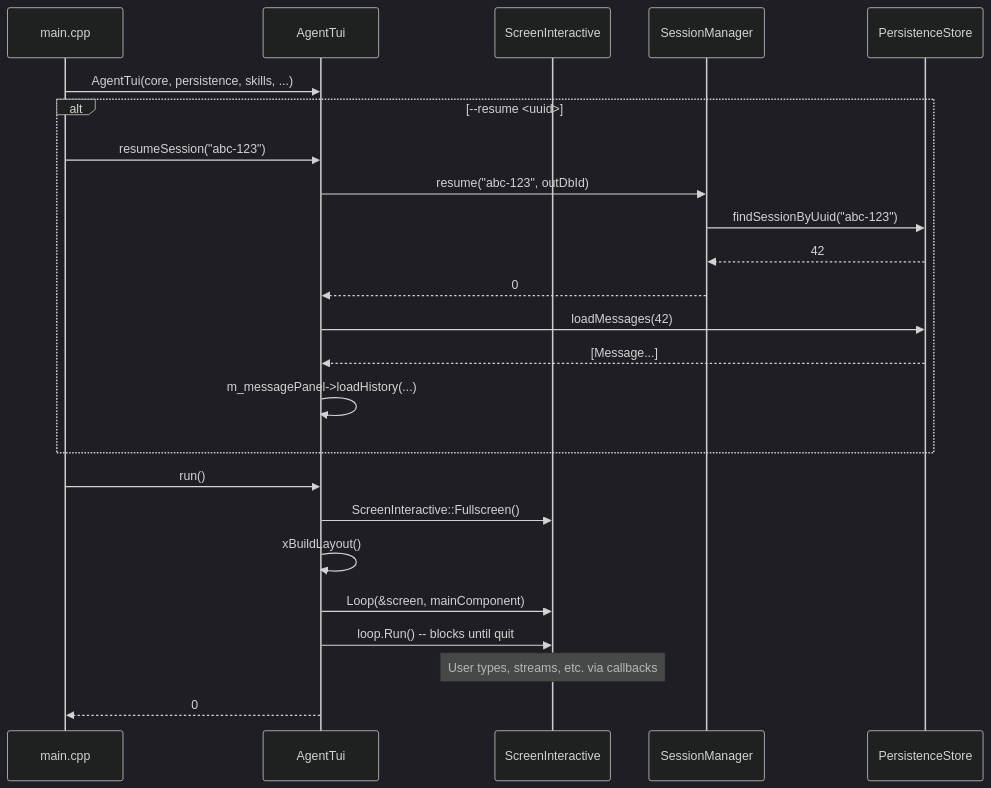
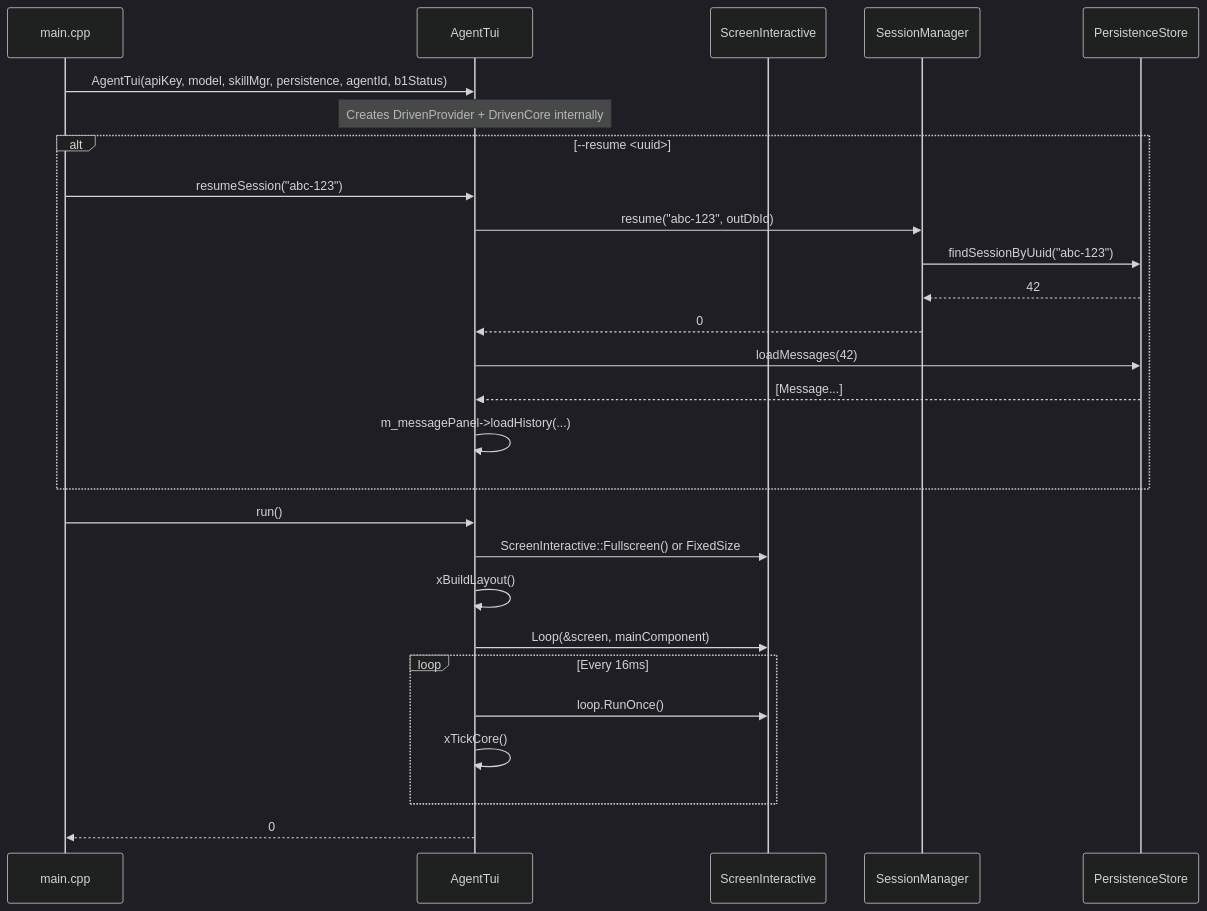
Before and after one commit to opensassi/a0: the second of 4 diagrams in source/src/tui/agent_tui.spec.md, drawn with Mermaid (dark theme). The commit also changed other lines of this file and 49 other files, not shown here.

Commit message:
Thread-separated App Core refactoring: add DrivenCore state machine, curl_multi async provider, MPSC channel; refactor AgentTui to remove AgentCore*; update all 43 spec files and 5 technical-specification.md files

````diff
--- a/source/src/tui/agent_tui.spec.md
+++ b/source/src/tui/agent_tui.spec.md
@@ -188,27 +222,30 @@
 ```mermaid
 sequenceDiagram
     participant main as main.cpp
     participant AT as AgentTui
     participant FTXUI as ScreenInteractive
     participant SM as SessionManager
     participant PS as PersistenceStore
 
-    main->>AT: AgentTui(core, persistence, skills, ...)
+    main->>AT: AgentTui(apiKey, model, skillMgr, persistence, agentId, b1Status)
+    Note over AT: Creates DrivenProvider + DrivenCore internally
     alt --resume <uuid>
         main->>AT: resumeSession("abc-123")
         AT->>SM: resume("abc-123", outDbId)
         SM->>PS: findSessionByUuid("abc-123")
         PS-->>SM: 42
         SM-->>AT: 0
         AT->>PS: loadMessages(42)
         PS-->>AT: [Message...]
         AT->>AT: m_messagePanel->loadHistory(...)
     end
     main->>AT: run()
-    AT->>FTXUI: ScreenInteractive::Fullscreen()
+    AT->>FTXUI: ScreenInteractive::Fullscreen() or FixedSize
     AT->>AT: xBuildLayout()
     AT->>FTXUI: Loop(&screen, mainComponent)
-    AT->>FTXUI: loop.Run()  -- blocks until quit
-    Note over FTXUI: User types, streams, etc. via callbacks
+    loop Every 16ms
+        AT->>FTXUI: loop.RunOnce()
+        AT->>AT: xTickCore()
+    end
     AT-->>main: 0
 ```
````
